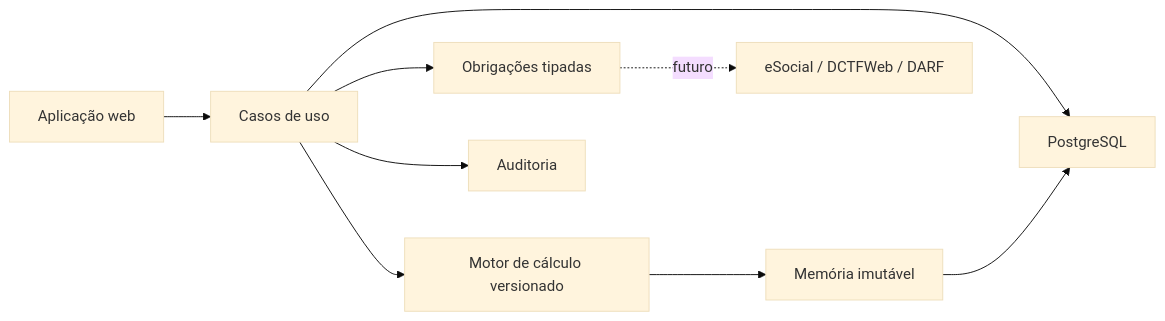
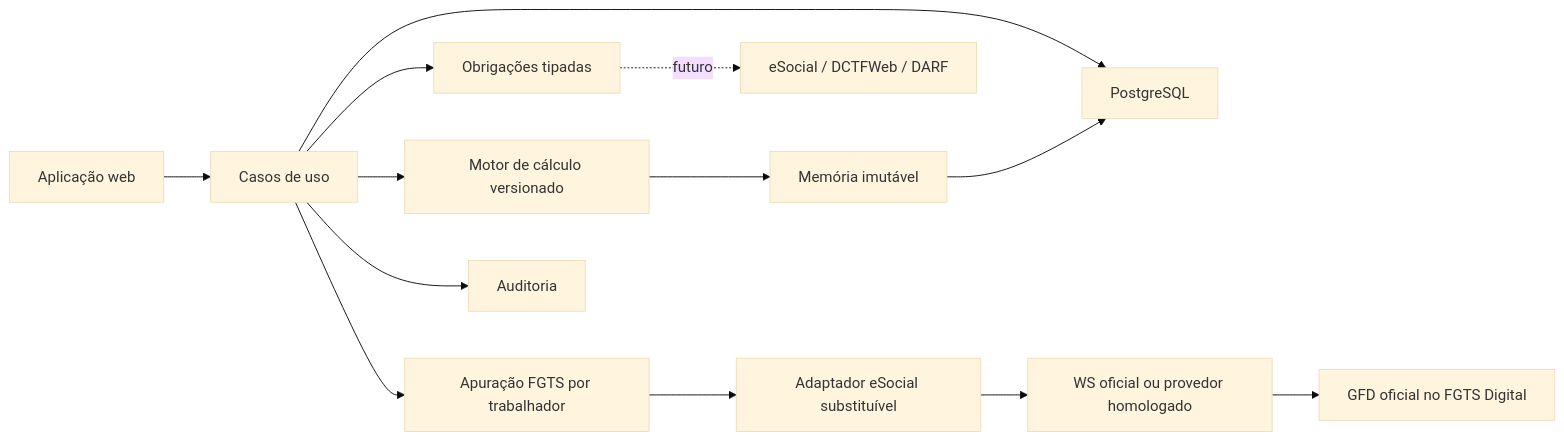
Before and after one commit to AldoSant/GestaoInstitutos: the diagram in docs/ARQUITETURA.md, drawn with Mermaid (base theme). The commit also changed other lines of this file and 23 other files, not shown here.

Commit message:
feat: iniciar fundacao do FGTS Digital

````diff
--- a/docs/ARQUITETURA.md
+++ b/docs/ARQUITETURA.md
@@ -7,11 +10,15 @@
 ```mermaid
 flowchart LR
   UI["Aplicação web"] --> APP["Casos de uso"]
   APP --> CALC["Motor de cálculo versionado"]
   APP --> DB["PostgreSQL"]
   CALC --> MEM["Memória imutável"]
   MEM --> DB
   APP --> OBR["Obrigações tipadas"]
   OBR -. futuro .-> EXT["eSocial / DCTFWeb / DARF"]
+  APP --> FGT["Apuração FGTS por trabalhador"]
+  FGT --> ESO["Adaptador eSocial substituível"]
+  ESO --> GOV["WS oficial ou provedor homologado"]
+  GOV --> GFD["GFD oficial no FGTS Digital"]
   APP --> AUD["Auditoria"]
 ```
````
